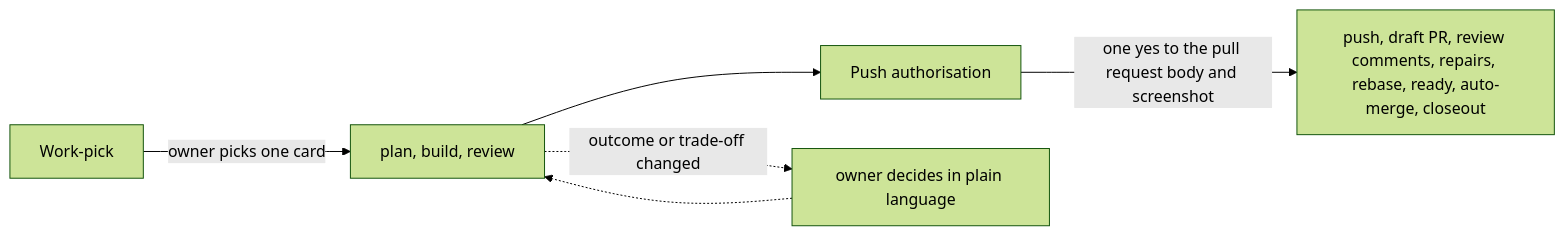
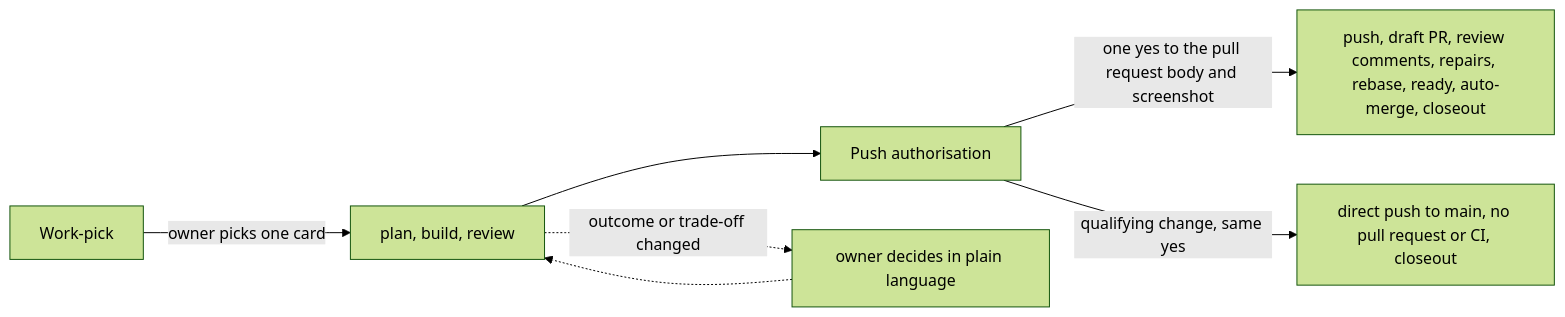
Before and after one commit to zaingulel/RentCottage: the second of 3 diagrams in docs/AI-WORKFLOW.md, drawn with Mermaid (forest theme). The commit also changed other lines of this file and 13 other files, not shown here.

First line of the commit message:
Sync the machinery rule and the direct route to main from Flowgauge (#427)

````diff
--- a/docs/AI-WORKFLOW.md
+++ b/docs/AI-WORKFLOW.md
@@ -113,8 +113,9 @@
 ```mermaid
 flowchart LR
     W[Work-pick] -->|owner picks one card| Build[plan, build, review]
     Build --> P[Push authorisation]
     P -->|one yes to the pull request body and screenshot| D[push, draft PR, review comments, repairs, rebase, ready, auto-merge, closeout]
+    P -->|qualifying change, same yes| DR2[direct push to main, no pull request or CI, closeout]
     Build -.->|outcome or trade-off changed| O[owner decides in plain language]
     O -.-> Build
 ```
````
